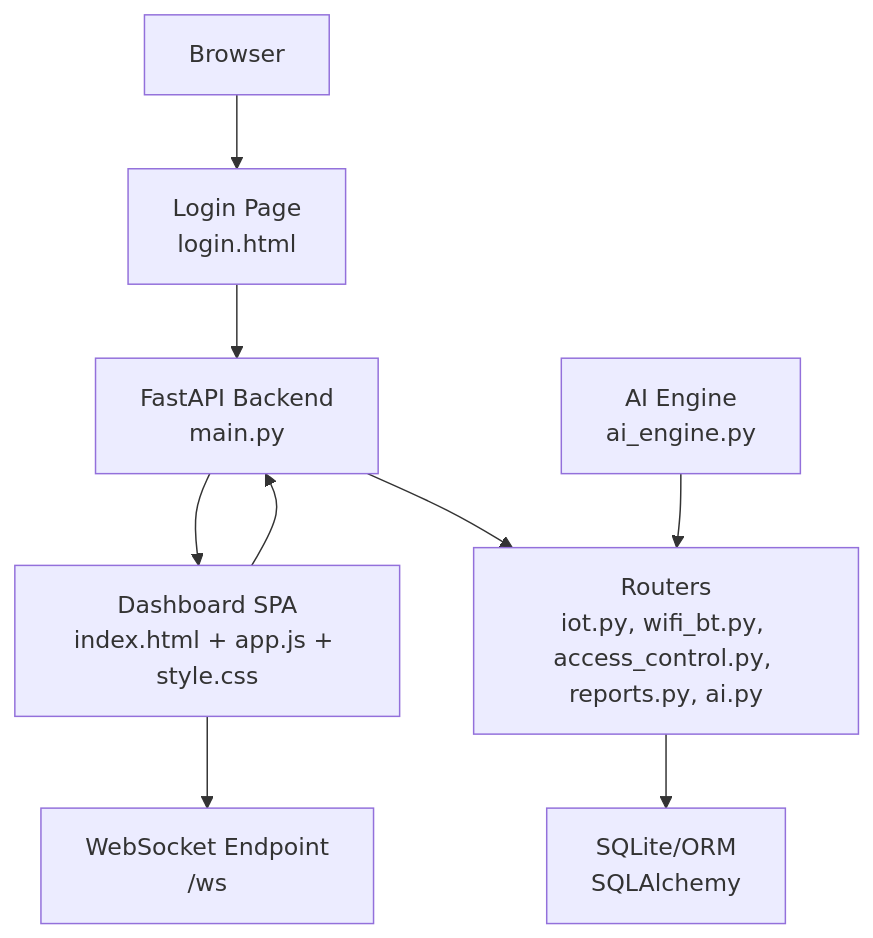
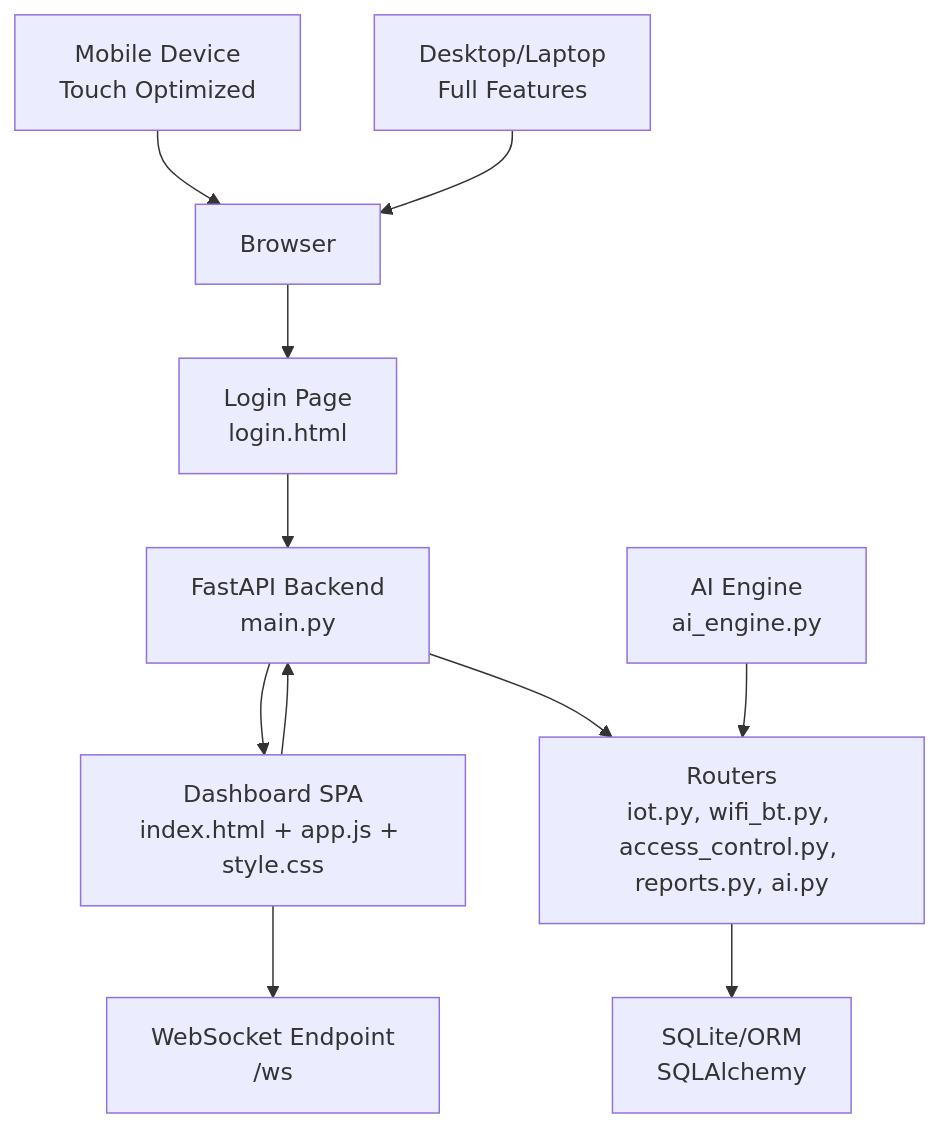
Before and after one commit to MohandWaleed3/PentexOne: the first of 16 diagrams in .qoder/repowiki/en/content/Frontend Dashboard.md, drawn with Mermaid. The commit also changed other lines of this file and 17 other files, not shown here.

````diff
--- a/.qoder/repowiki/en/content/Frontend Dashboard.md
+++ b/.qoder/repowiki/en/content/Frontend Dashboard.md
@@ -46,19 +47,23 @@
 ```mermaid
 graph TB
 Browser["Browser"]
+Mobile["Mobile Device<br/>Touch Optimized"]
+Desktop["Desktop/Laptop<br/>Full Features"]
 Login["Login Page<br/>login.html"]
 Dashboard["Dashboard SPA<br/>index.html + app.js + style.css"]
 AIEngine["AI Engine<br/>ai_engine.py"]
 API["FastAPI Backend<br/>main.py"]
 WS["WebSocket Endpoint<br/>/ws"]
 Routers["Routers<br/>iot.py, wifi_bt.py, access_control.py, reports.py, ai.py"]
 DB["SQLite/ORM<br/>SQLAlchemy"]
+Mobile --> Browser
+Desktop --> Browser
 Browser --> Login
 Login --> API
 API --> Dashboard
 Dashboard --> API
 Dashboard --> WS
 API --> Routers
 Routers --> DB
 AIEngine --> Routers
 ```
````
